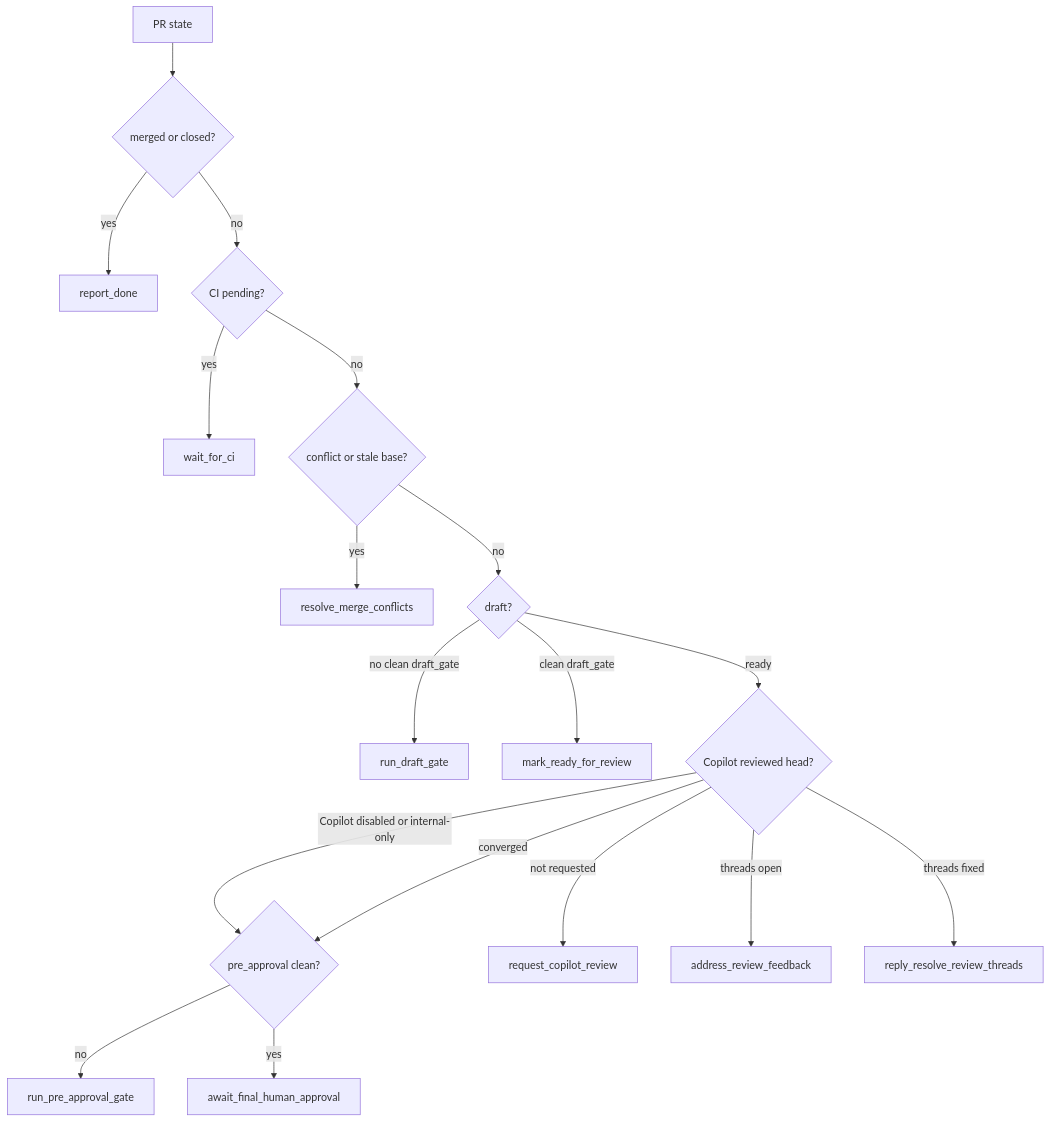
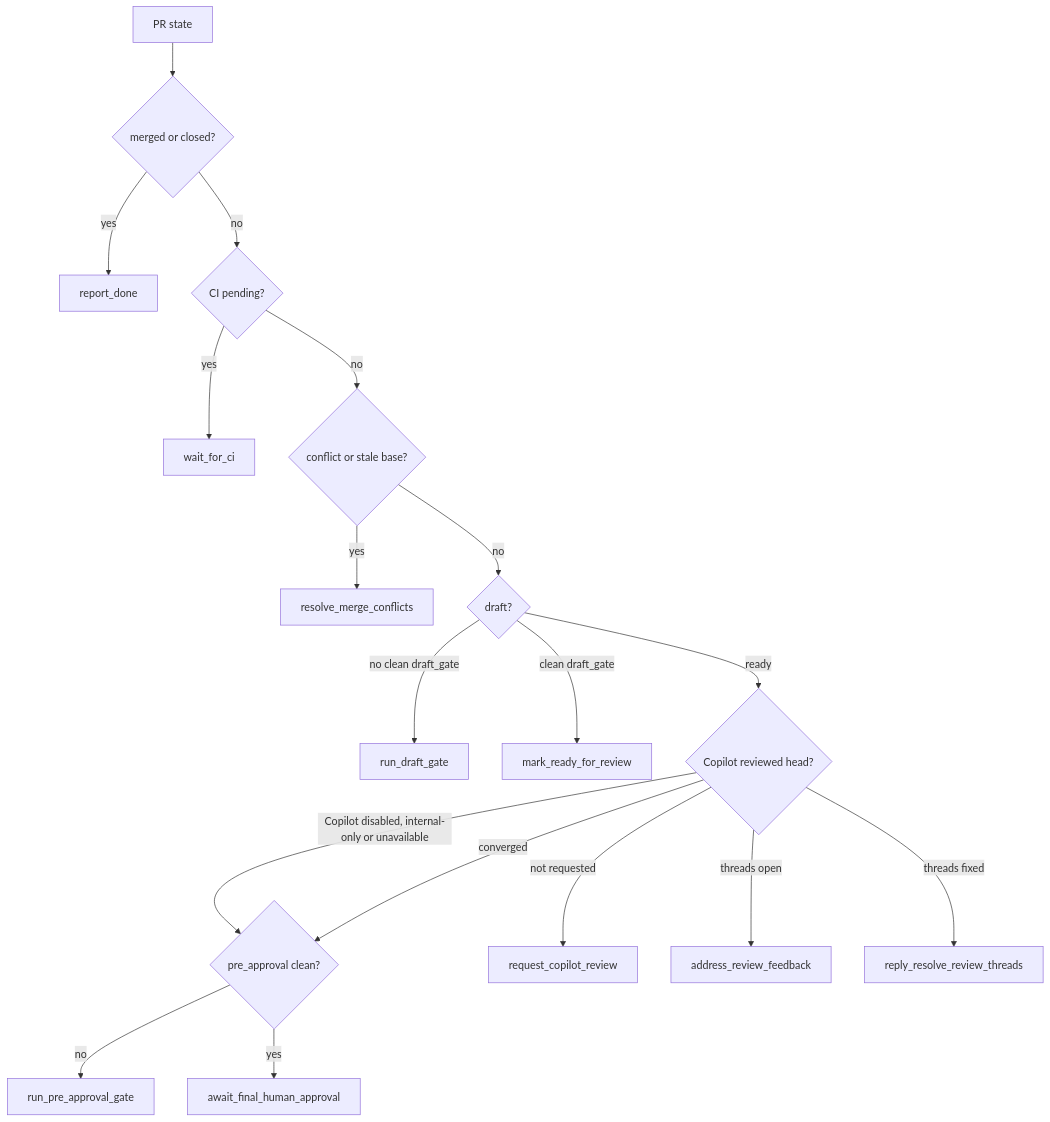
One commit to mfittko/dev-loops changed diagram 12 of 14 in docs/atlas/04-main-flows.md. Above: the diagram before and after it, drawn with Mermaid. The commit also changed other lines of this file, not shown here.

First line of the commit message:
docs(atlas): refresh section 04-main-flows to f6619004d

````diff
--- a/docs/atlas/04-main-flows.md
+++ b/docs/atlas/04-main-flows.md
@@ -369,20 +375,20 @@
 ```mermaid
 flowchart TD
   A["PR state"] --> M{"merged or closed?"}
   M -->|yes| DONE["report_done"]
   M -->|no| CI{"CI pending?"}
   CI -->|yes| WCI["wait_for_ci"]
   CI -->|no| CF{"conflict or stale base?"}
   CF -->|yes| RMC["resolve_merge_conflicts"]
   CF -->|no| DR{"draft?"}
   DR -->|no clean draft_gate| RDG["run_draft_gate"]
   DR -->|clean draft_gate| MRR["mark_ready_for_review"]
   DR -->|ready| CR{"Copilot reviewed head?"}
-  CR -->|Copilot disabled or internal-only| PA
+  CR -->|Copilot disabled, internal-only or unavailable| PA
   CR -->|not requested| RQC["request_copilot_review"]
   CR -->|threads open| ARF["address_review_feedback"]
   CR -->|threads fixed| RRT["reply_resolve_review_threads"]
   CR -->|converged| PA{"pre_approval clean?"}
   PA -->|no| RPG["run_pre_approval_gate"]
   PA -->|yes| AFA["await_final_human_approval"]
 ```
````
